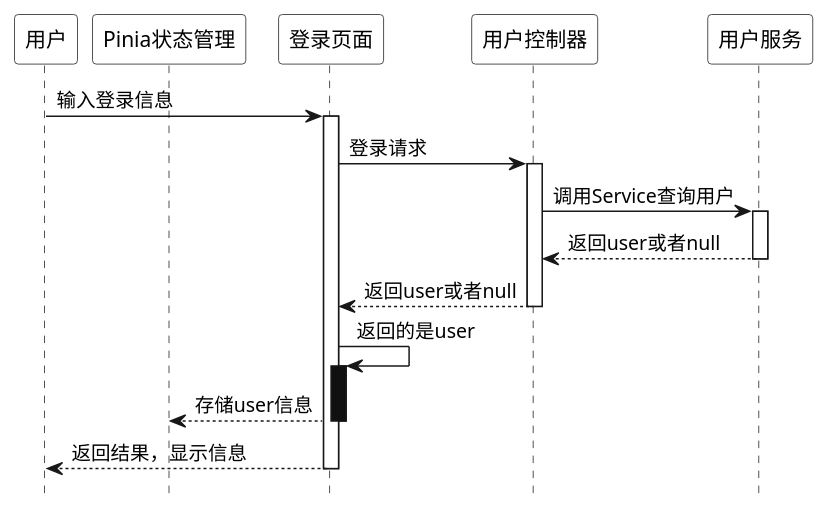
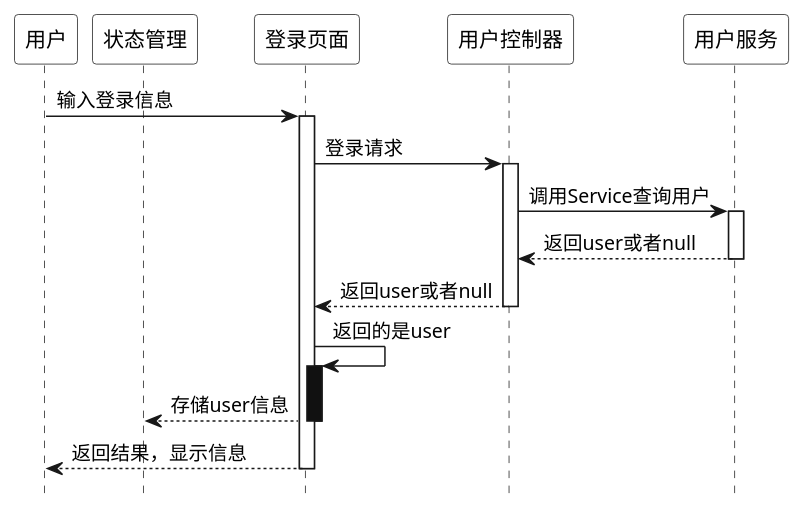
Before and after one commit to coderyjc/certificate_analysis: the diagram in resouces/drawio/UML_Sequence/login.puml, drawn with PlantUML. The commit also changed 6 other files, not shown here.

```diff
--- a/resouces/drawio/UML_Sequence/login.puml
+++ b/resouces/drawio/UML_Sequence/login.puml
@@ -1,38 +1,40 @@
 @startuml login
 
+
 hide footbox
+
 skinparam sequence {
+  defaultFontName MYFONT_TTF
   ParticipantBackgroundColor #ffffff
   ParticipantFontColor #000000
 }
 
 participant 用户 order 0
-participant Pinia状态管理 order 1
+participant 状态管理 order 1
 participant 登录页面 order 2
 participant 用户控制器 order 3
 participant 用户服务 order 4
-
 
 用户 -> 登录页面: 输入登录信息
 activate 登录页面
 
 登录页面 -> 用户控制器: 登录请求
 activate 用户控制器
 
 用户控制器 -> 用户服务: 调用Service查询用户
 activate 用户服务
 用户服务 --> 用户控制器: 返回user或者null
 deactivate 用户服务
 
 用户控制器 --> 登录页面: 返回user或者null
 deactivate 用户控制器
 
 登录页面 -> 登录页面: 返回的是user
 
 activate 登录页面 #1
-登录页面 --> Pinia状态管理: 存储user信息
+登录页面 --> 状态管理: 存储user信息
 deactivate 登录页面 #1
 
 登录页面 --> 用户: 返回结果，显示信息
 deactivate 登录页面
 @enduml
```
